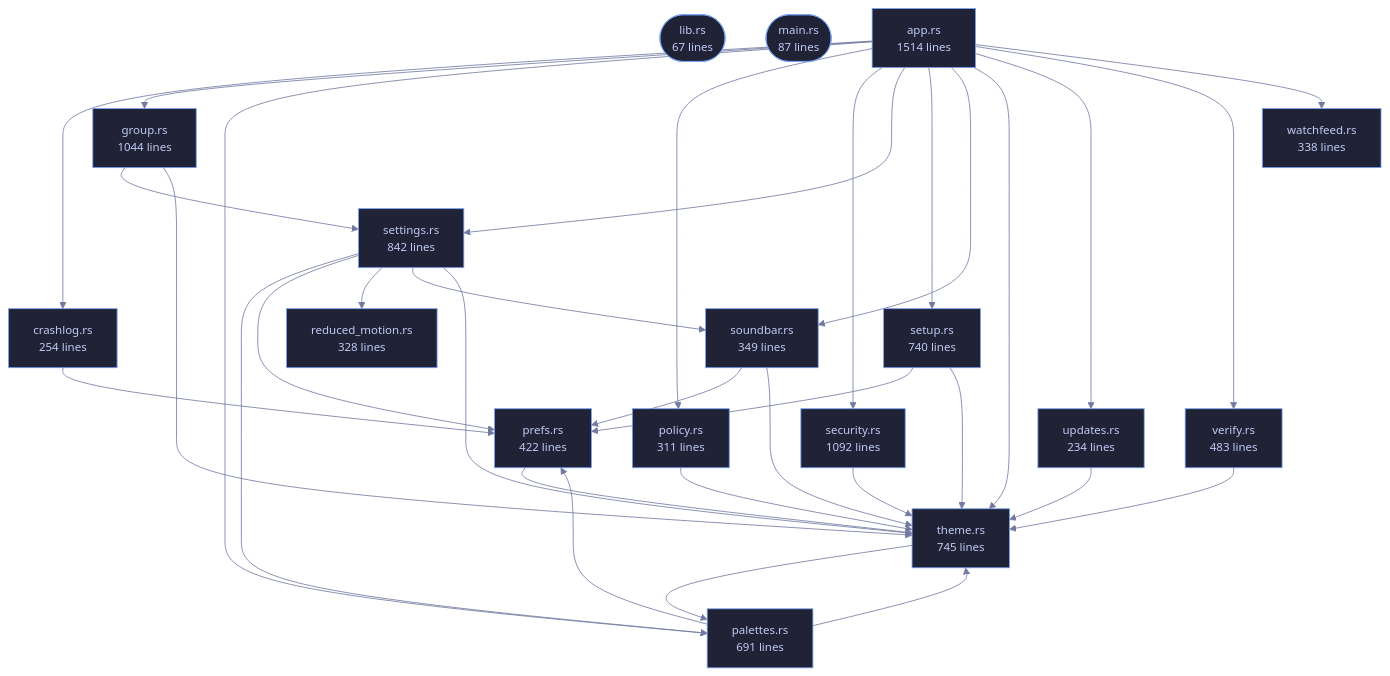
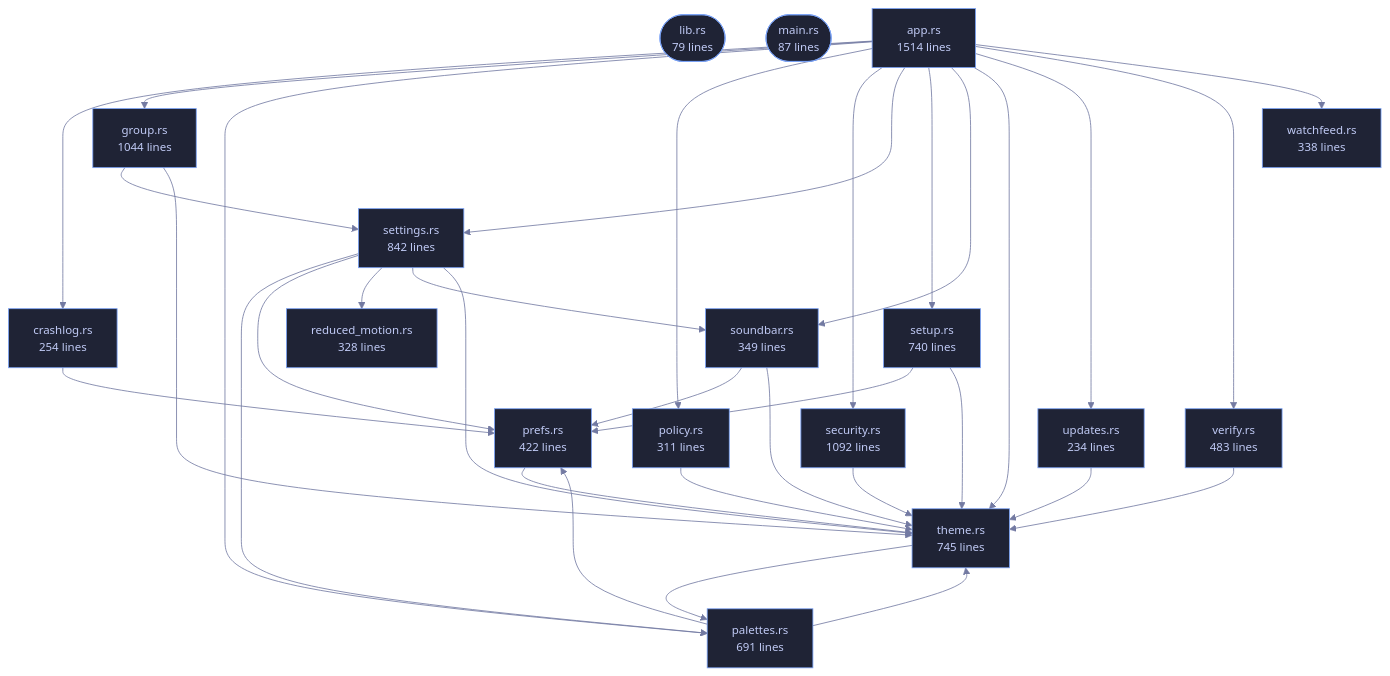
The diagram in wiki/Crate-veilvoice-gui.md (tilas01/veilvoice), drawn with Mermaid before and after one commit. The commit also changed other lines of this file and 182 other files, not shown here.

````diff
--- a/wiki/Crate-veilvoice-gui.md
+++ b/wiki/Crate-veilvoice-gui.md
@@ -68,70 +81,70 @@
 ```mermaid
 %%{init: {"theme":"base","themeVariables":{"background":"#1a1b26","primaryColor":"#1f2335","primaryTextColor":"#c0caf5","primaryBorderColor":"#7aa2f7","secondaryColor":"#16161e","tertiaryColor":"#16161e","lineColor":"#737aa2","textColor":"#c0caf5","mainBkg":"#1f2335","nodeBorder":"#7aa2f7","clusterBkg":"#16161e","clusterBorder":"#2f3549","fontFamily":"ui-monospace, SFMono-Regular, Consolas, monospace","fontSize":"14px"}}}%%
 flowchart TD
-    n_lib(["lib.rs<br/>67 lines"])
+    n_lib(["lib.rs<br/>79 lines"])
     n_main(["main.rs<br/>87 lines"])
     n_app["app.rs<br/>1514 lines"]
     n_crashlog["crashlog.rs<br/>254 lines"]
     n_group["group.rs<br/>1044 lines"]
     n_palettes["palettes.rs<br/>691 lines"]
     n_policy["policy.rs<br/>311 lines"]
     n_prefs["prefs.rs<br/>422 lines"]
     n_reduced_motion["reduced_motion.rs<br/>328 lines"]
     n_security["security.rs<br/>1092 lines"]
     n_settings["settings.rs<br/>842 lines"]
     n_setup["setup.rs<br/>740 lines"]
     n_soundbar["soundbar.rs<br/>349 lines"]
     n_theme["theme.rs<br/>745 lines"]
     n_updates["updates.rs<br/>234 lines"]
     n_verify["verify.rs<br/>483 lines"]
     n_watchfeed["watchfeed.rs<br/>338 lines"]
     n_app --> n_crashlog
     n_app --> n_group
     n_app --> n_palettes
     n_app --> n_policy
     n_app --> n_security
     n_app --> n_settings
     n_app --> n_setup
     n_app --> n_soundbar
     n_app --> n_theme
     n_app --> n_updates
     n_app --> n_verify
     n_app --> n_watchfeed
     n_crashlog --> n_prefs
     n_group --> n_settings
     n_group --> n_theme
     n_palettes --> n_prefs
     n_palettes --> n_theme
     n_policy --> n_theme
     n_prefs --> n_theme
     n_security --> n_theme
     n_settings --> n_palettes
     n_settings --> n_prefs
     n_settings --> n_reduced_motion
     n_settings --> n_soundbar
     n_settings --> n_theme
     n_setup --> n_prefs
     n_setup --> n_theme
     n_soundbar --> n_prefs
     n_soundbar --> n_theme
     n_theme --> n_palettes
     n_updates --> n_theme
     n_verify --> n_theme
     click n_lib href "https://github.com/tilas01/veilvoice/blob/main/crates/veilvoice-gui/src/lib.rs" "open the source"
     click n_main href "https://github.com/tilas01/veilvoice/blob/main/crates/veilvoice-gui/src/main.rs" "open the source"
     click n_app href "https://github.com/tilas01/veilvoice/blob/main/crates/veilvoice-gui/src/app.rs" "open the source"
     click n_crashlog href "https://github.com/tilas01/veilvoice/blob/main/crates/veilvoice-gui/src/crashlog.rs" "open the source"
     click n_group href "https://github.com/tilas01/veilvoice/blob/main/crates/veilvoice-gui/src/group.rs" "open the source"
     click n_palettes href "https://github.com/tilas01/veilvoice/blob/main/crates/veilvoice-gui/src/palettes.rs" "open the source"
     click n_policy href "https://github.com/tilas01/veilvoice/blob/main/crates/veilvoice-gui/src/policy.rs" "open the source"
     click n_prefs href "https://github.com/tilas01/veilvoice/blob/main/crates/veilvoice-gui/src/prefs.rs" "open the source"
     click n_reduced_motion href "https://github.com/tilas01/veilvoice/blob/main/crates/veilvoice-gui/src/reduced_motion.rs" "open the source"
     click n_security href "https://github.com/tilas01/veilvoice/blob/main/crates/veilvoice-gui/src/security.rs" "open the source"
     click n_settings href "https://github.com/tilas01/veilvoice/blob/main/crates/veilvoice-gui/src/settings.rs" "open the source"
     click n_setup href "https://github.com/tilas01/veilvoice/blob/main/crates/veilvoice-gui/src/setup.rs" "open the source"
     click n_soundbar href "https://github.com/tilas01/veilvoice/blob/main/crates/veilvoice-gui/src/soundbar.rs" "open the source"
     click n_theme href "https://github.com/tilas01/veilvoice/blob/main/crates/veilvoice-gui/src/theme.rs" "open the source"
     click n_updates href "https://github.com/tilas01/veilvoice/blob/main/crates/veilvoice-gui/src/updates.rs" "open the source"
     click n_verify href "https://github.com/tilas01/veilvoice/blob/main/crates/veilvoice-gui/src/verify.rs" "open the source"
     click n_watchfeed href "https://github.com/tilas01/veilvoice/blob/main/crates/veilvoice-gui/src/watchfeed.rs" "open the source"
 ```
````
